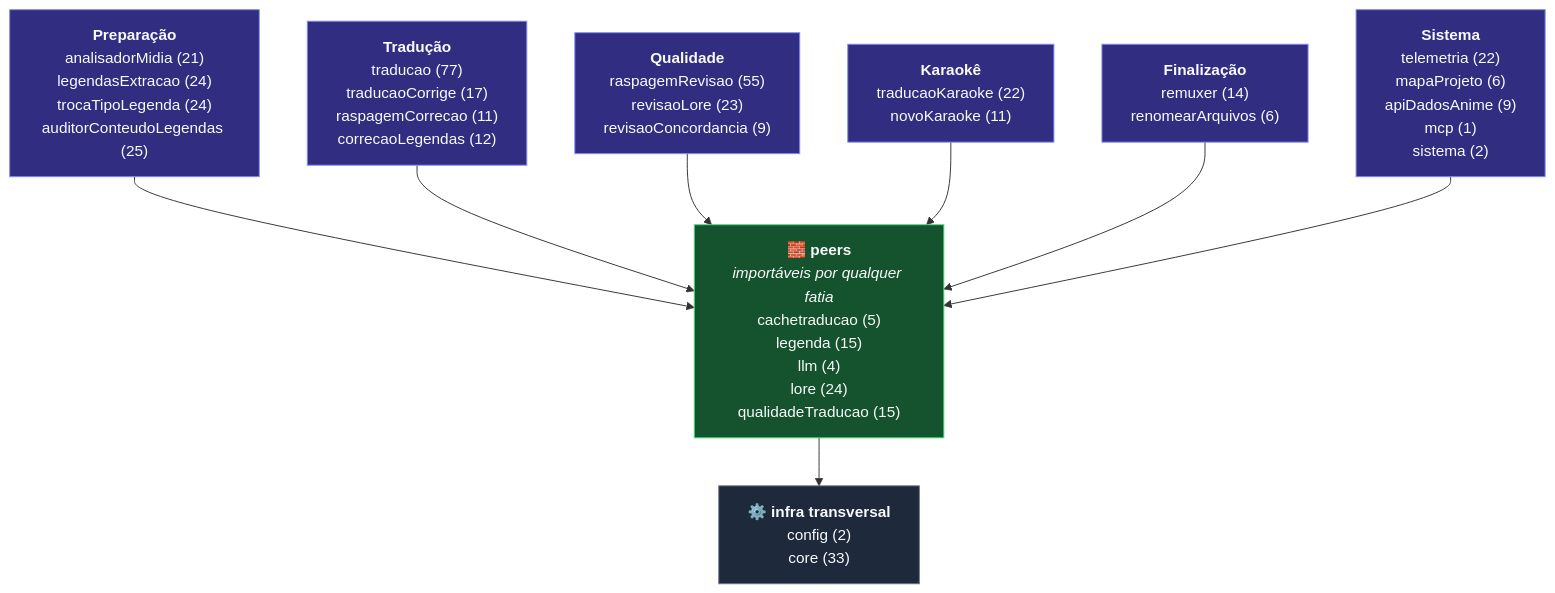
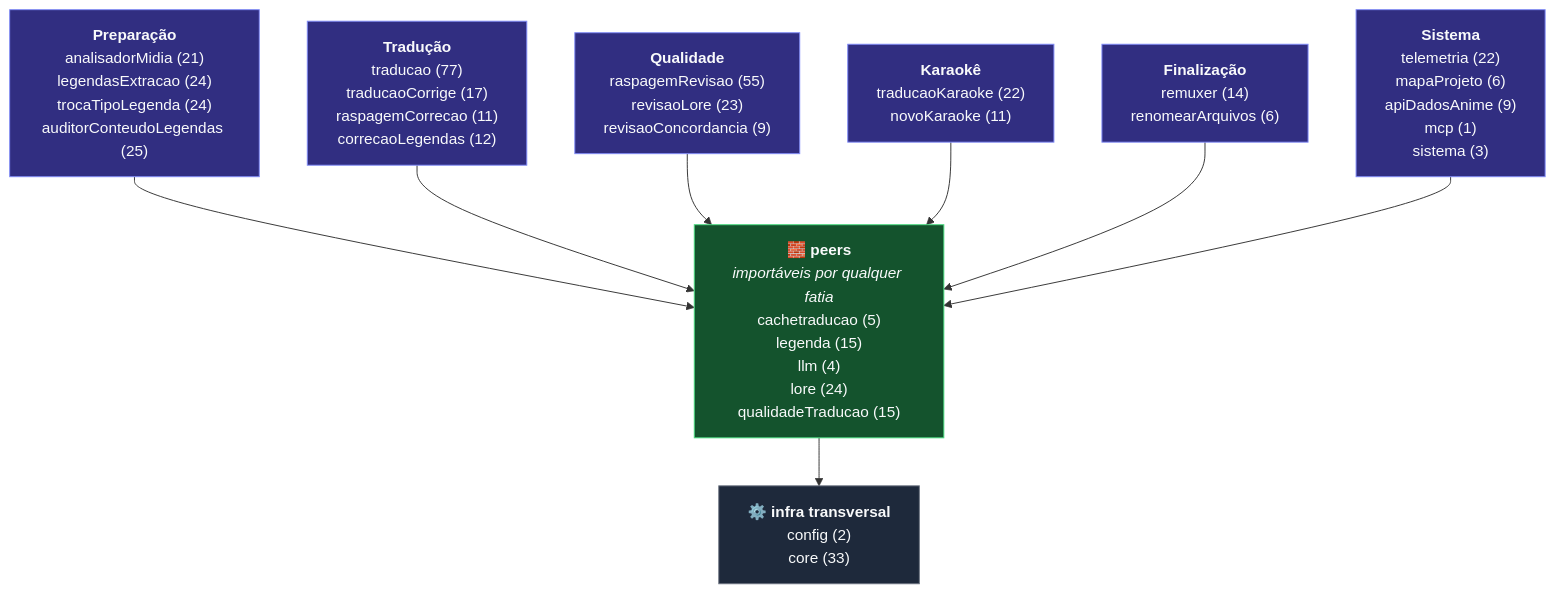
One commit to carmipa/traducao_animes_llm_local_quarkus-1 changed the diagram in docs/ref-esqueleto-projeto.md. Above: the diagram before and after it, drawn with Mermaid. The commit also changed other lines of this file and 10 other files, not shown here.

````diff
--- a/docs/ref-esqueleto-projeto.md
+++ b/docs/ref-esqueleto-projeto.md
@@ -36,21 +36,21 @@
 ```mermaid
 graph TB
     G0["<b>Preparação</b><br/>analisadorMidia (21)<br/>legendasExtracao (24)<br/>trocaTipoLegenda (24)<br/>auditorConteudoLegendas (25)"]:::fatia
     G1["<b>Tradução</b><br/>traducao (77)<br/>traducaoCorrige (17)<br/>raspagemCorrecao (11)<br/>correcaoLegendas (12)"]:::fatia
     G2["<b>Qualidade</b><br/>raspagemRevisao (55)<br/>revisaoLore (23)<br/>revisaoConcordancia (9)"]:::fatia
     G3["<b>Karaokê</b><br/>traducaoKaraoke (22)<br/>novoKaraoke (11)"]:::fatia
     G4["<b>Finalização</b><br/>remuxer (14)<br/>renomearArquivos (6)"]:::fatia
-    G5["<b>Sistema</b><br/>telemetria (22)<br/>mapaProjeto (6)<br/>apiDadosAnime (9)<br/>mcp (1)<br/>sistema (2)"]:::fatia
+    G5["<b>Sistema</b><br/>telemetria (22)<br/>mapaProjeto (6)<br/>apiDadosAnime (9)<br/>mcp (1)<br/>sistema (3)"]:::fatia
     PEERS["<b>🧱 peers</b><br/><i>importáveis por qualquer fatia</i><br/>cachetraducao (5)<br/>legenda (15)<br/>llm (4)<br/>lore (24)<br/>qualidadeTraducao (15)"]:::peer
     BASE["<b>⚙️ infra transversal</b><br/>config (2)<br/>core (33)"]:::base
     G0 --> PEERS
     G1 --> PEERS
     G2 --> PEERS
     G3 --> PEERS
     G4 --> PEERS
     G5 --> PEERS
     PEERS --> BASE
     classDef fatia fill:#312e81,stroke:#818CF8,color:#F9FAFB
     classDef peer fill:#14532d,stroke:#4ADE80,color:#F9FAFB
     classDef base fill:#1e293b,stroke:#6B7280,color:#F9FAFB
 ```
````
